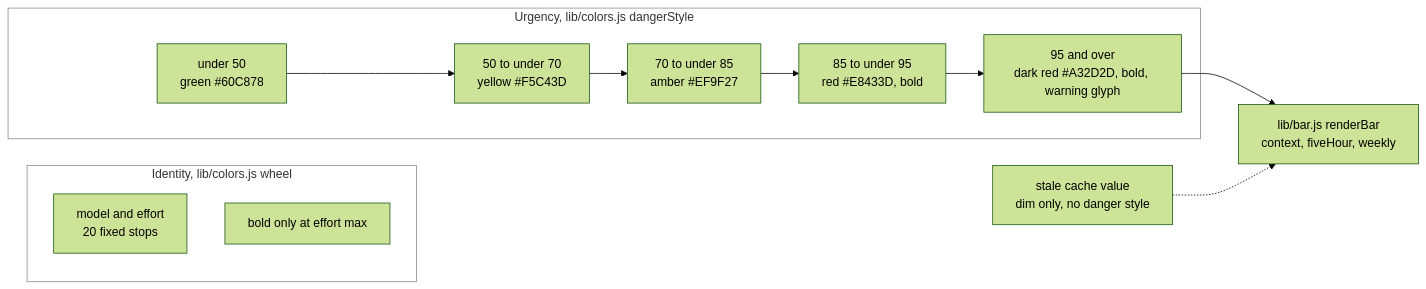
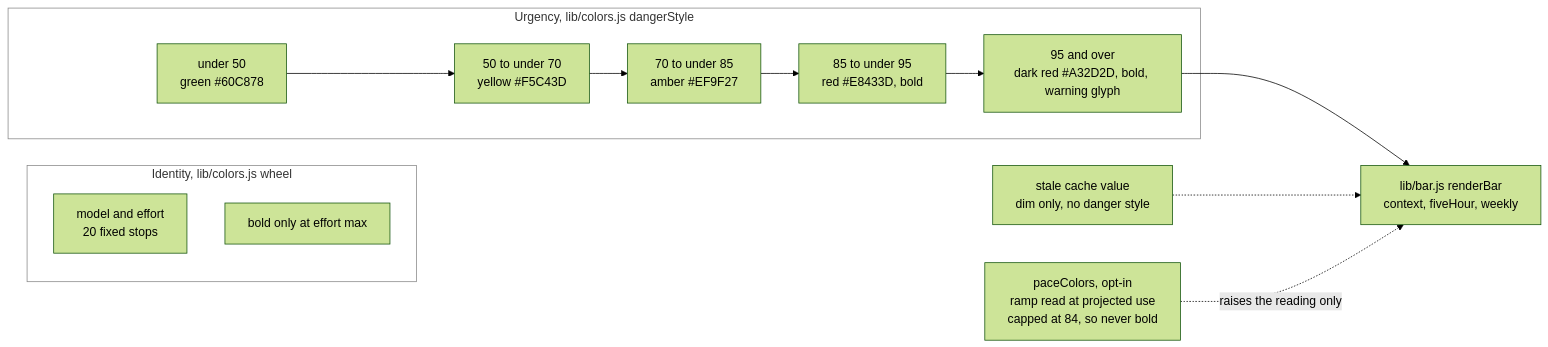
Before and after one commit to carterptull/ampline-claude: the second of 2 diagrams in diagrams/color-wheel.md, drawn with Mermaid (forest theme). The commit also changed other lines of this file and 7 other files, not shown here.

First line of the commit message:
docs: document the pace marker and paceColors (D39, D40)

````diff
--- a/diagrams/color-wheel.md
+++ b/diagrams/color-wheel.md
@@ -60,25 +60,27 @@
 ```mermaid
 flowchart LR
     subgraph identity["Identity, lib/colors.js wheel"]
         w["model and effort<br/>20 fixed stops"]
         b1["bold only at effort max"]
     end
 
     subgraph urgency["Urgency, lib/colors.js dangerStyle"]
         d1["under 50<br/>green #60C878"]
         d2["50 to under 70<br/>yellow #F5C43D"]
         d3["70 to under 85<br/>amber #EF9F27"]
         d4["85 to under 95<br/>red #E8433D, bold"]
         d5["95 and over<br/>dark red #A32D2D, bold, warning glyph"]
     end
 
     bar["lib/bar.js renderBar<br/>context, fiveHour, weekly"]
     stale["stale cache value<br/>dim only, no danger style"]
+    pace["paceColors, opt-in<br/>ramp read at projected use<br/>capped at 84, so never bold"]
 
     d1 --> d2 --> d3 --> d4 --> d5
     d5 --> bar
     stale -.-> bar
+    pace -.->|"raises the reading only"| bar
 
     style identity fill:transparent,stroke:#888
     style urgency fill:transparent,stroke:#888
 ```
````
